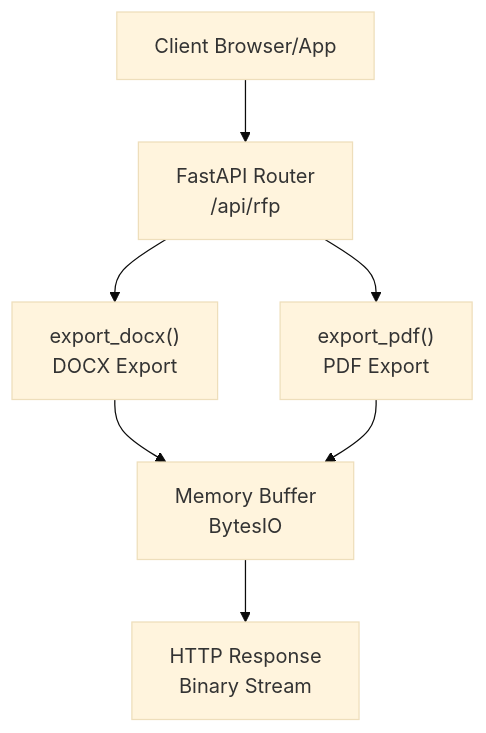
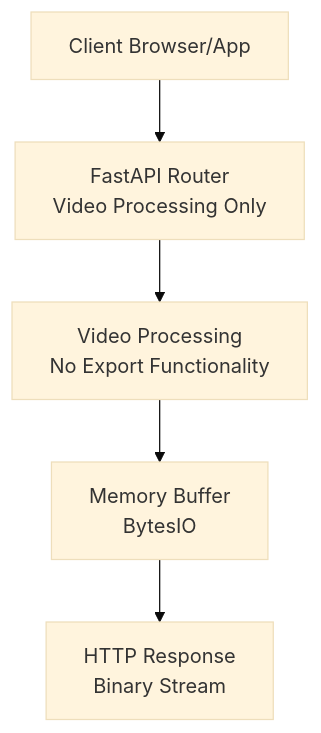
Before and after one commit to alexandreybasta-cyber/dubai-media-ai: the first of 3 diagrams in .qoder/repowiki/en/content/Document Generation System/Document Export System.md, drawn with Mermaid (base theme). The commit also changed other lines of this file and 23 other files, not shown here.

````diff
--- a/.qoder/repowiki/en/content/Document Generation System/Document Export System.md
+++ b/.qoder/repowiki/en/content/Document Generation System/Document Export System.md
@@ -40,9 +46,7 @@
 ```mermaid
 graph TB
-Client["Client Browser/App"] --> API["FastAPI Router<br/>/api/rfp"]
-API --> DOCX["export_docx()<br/>DOCX Export"]
-API --> PDF["export_pdf()<br/>PDF Export"]
-DOCX --> BytesIO["Memory Buffer<br/>BytesIO"]
-PDF --> BytesIO
+Client["Client Browser/App"] --> API["FastAPI Router<br/>Video Processing Only"]
+API --> Video["Video Processing<br/>No Export Functionality"]
+Video --> BytesIO["Memory Buffer<br/>BytesIO"]
 BytesIO --> Response["HTTP Response<br/>Binary Stream"]
 ```
````
